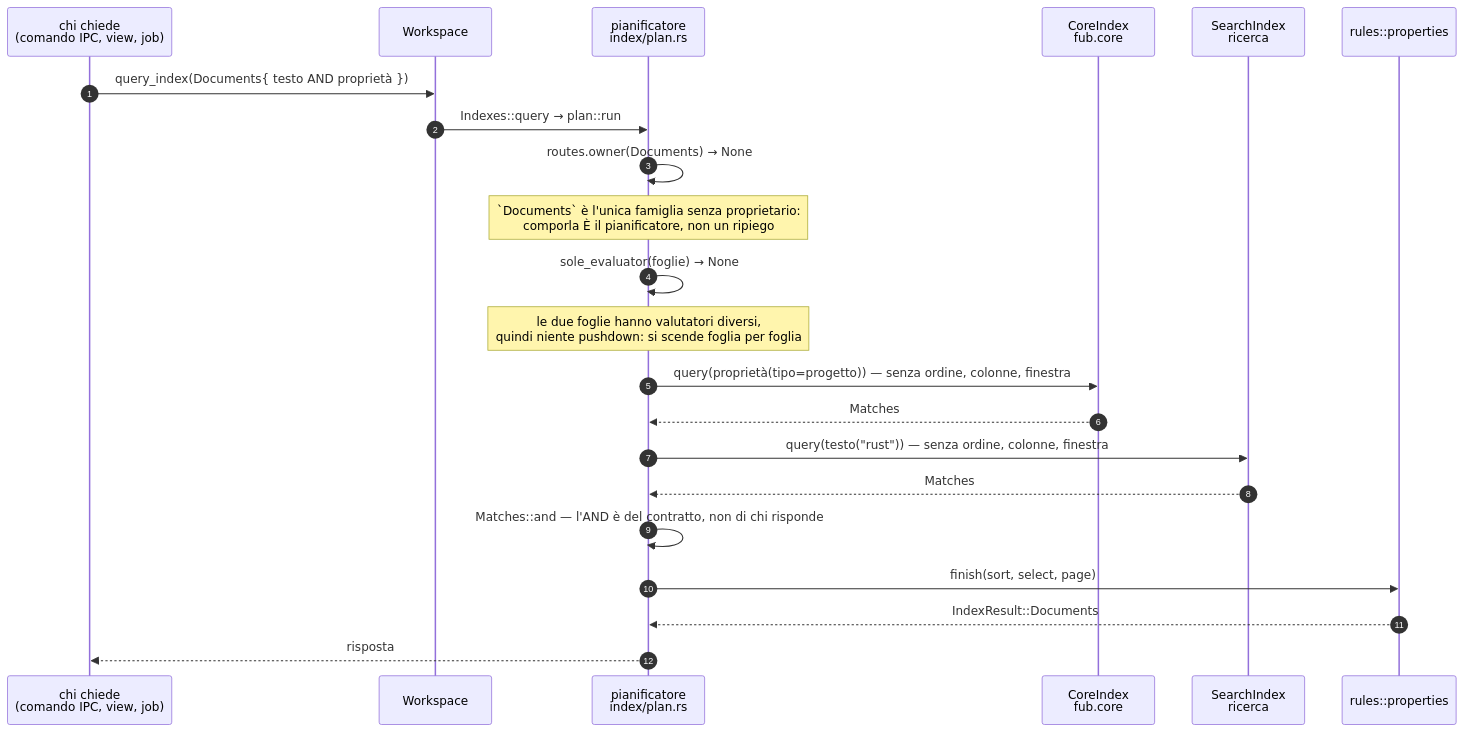
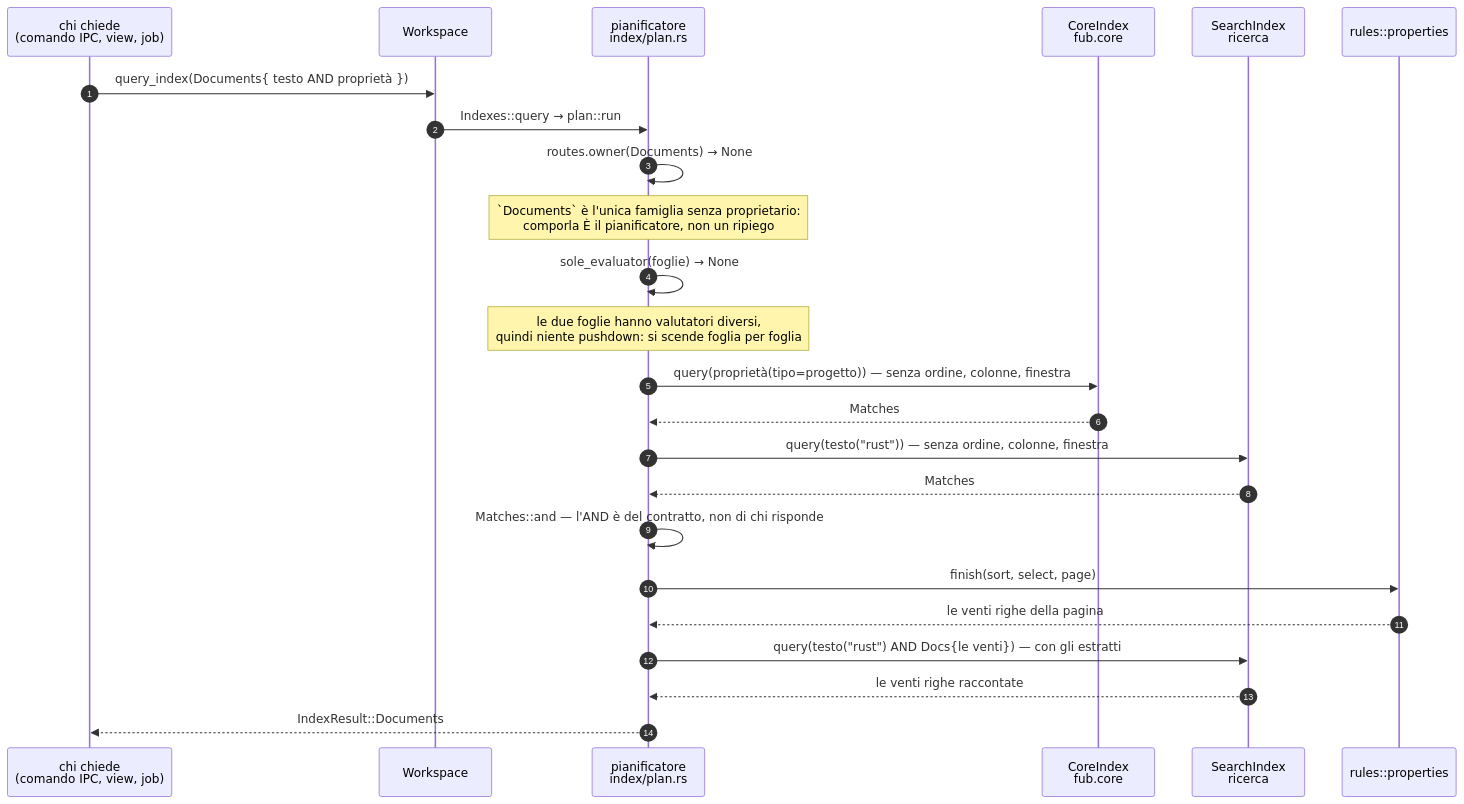
One commit to Fubeo/Fub changed the second of 2 diagrams in docs/architecture/traits.md. Above: the diagram before and after it, drawn with Mermaid. The commit also changed other lines of this file and 28 other files, not shown here.

````diff
--- a/docs/architecture/traits.md
+++ b/docs/architecture/traits.md
@@ -742,25 +742,27 @@
 ```mermaid
 sequenceDiagram
     autonumber
     participant C as chi chiede<br/>(comando IPC, view, job)
     participant W as Workspace
     participant P as pianificatore<br/>index/plan.rs
     participant K as CoreIndex<br/>fub.core
     participant S as SearchIndex<br/>ricerca
     participant R as rules::properties
 
     C->>W: query_index(Documents{ testo AND proprietà })
     W->>P: Indexes::query → plan::run
     P->>P: routes.owner(Documents) → None
     Note over P: `Documents` è l'unica famiglia senza proprietario:<br/>comporla È il pianificatore, non un ripiego
     P->>P: sole_evaluator(foglie) → None
     Note over P: le due foglie hanno valutatori diversi,<br/>quindi niente pushdown: si scende foglia per foglia
     P->>K: query(proprietà(tipo=progetto)) — senza ordine, colonne, finestra
     K-->>P: Matches
     P->>S: query(testo("rust")) — senza ordine, colonne, finestra
     S-->>P: Matches
     P->>P: Matches::and — l'AND è del contratto, non di chi risponde
     P->>R: finish(sort, select, page)
-    R-->>P: IndexResult::Documents
-    P-->>C: risposta
+    R-->>P: le venti righe della pagina
+    P->>S: query(testo("rust") AND Docs{le venti}) — con gli estratti
+    S-->>P: le venti righe raccontate
+    P-->>C: IndexResult::Documents
 ```
````
